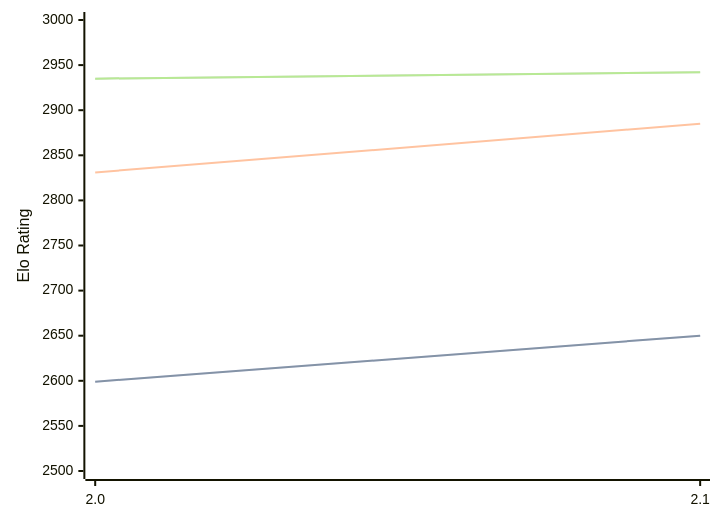
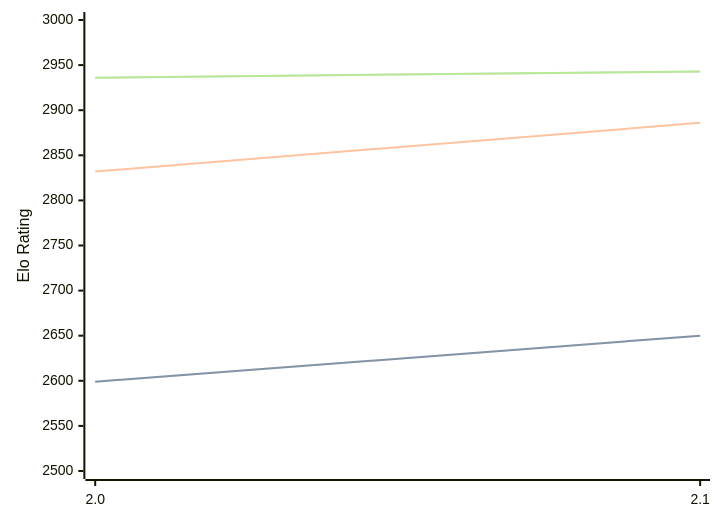
The diagram in engines/Noggin.md (computer-chess-index/cci), drawn with Mermaid before and after one commit. The commit also changed other lines of this file, not shown here.

Commit message:
Update CCI Ratings (ELO VLTC) - 2026-09-13

````diff
--- a/engines/Noggin.md
+++ b/engines/Noggin.md
@@ -33,11 +33,11 @@
 ```mermaid
 %%{init: {"theme":"base","themeVariables":{"seriesColors:['#a3a3a3','#222221','#faa371']}}}%%
 xychart-beta
   x-axis ["2.0", "2.1"]
   y-axis "Elo Rating" 2500 --> 3000
   line "" [2599, 2650]
   line "STC (8.0+0.08s)" [2599, 2650]
-  line "LTC (60.0+0.60s)" [2831, 2885]
-  line "" [2935, 2942]
-  line "VLTC (2m24s+1.12s)" [2935, 2942]
+  line "LTC (60.0+0.60s)" [2832, 2886]
+  line "" [2936, 2943]
+  line "VLTC (2m24s+1.12s)" [2936, 2943]
 ```
````
